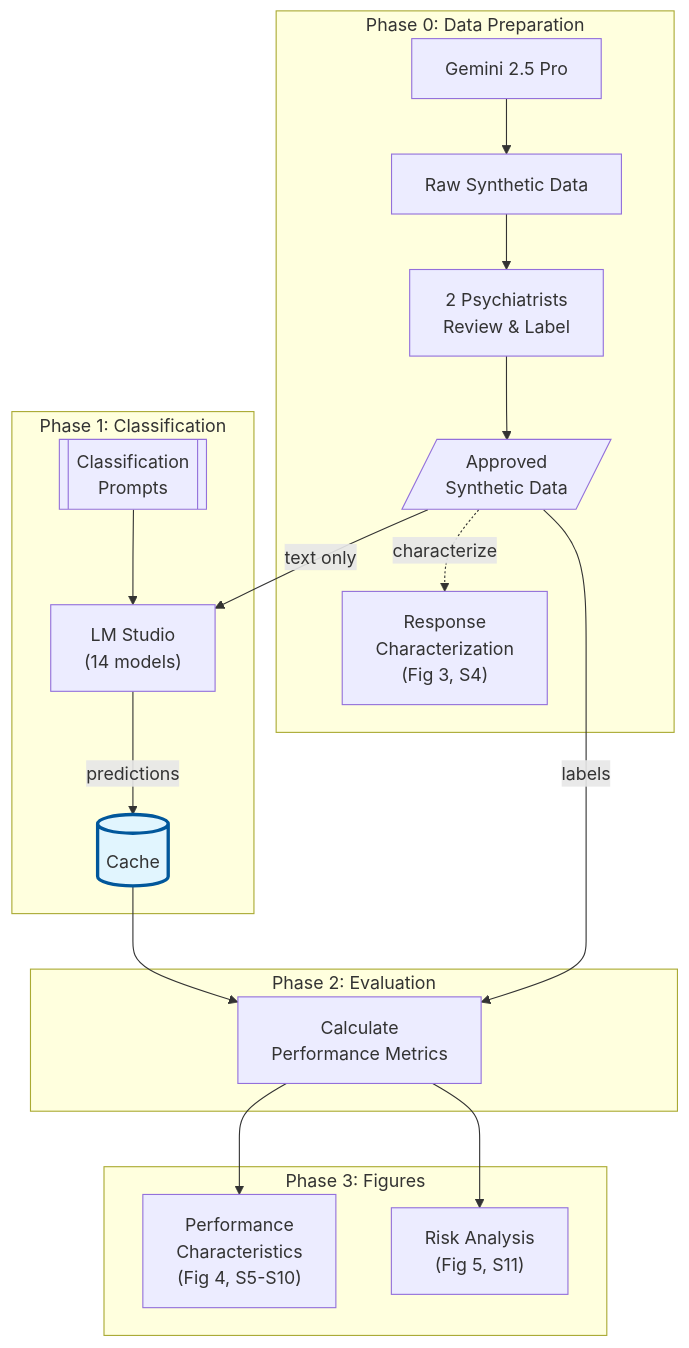
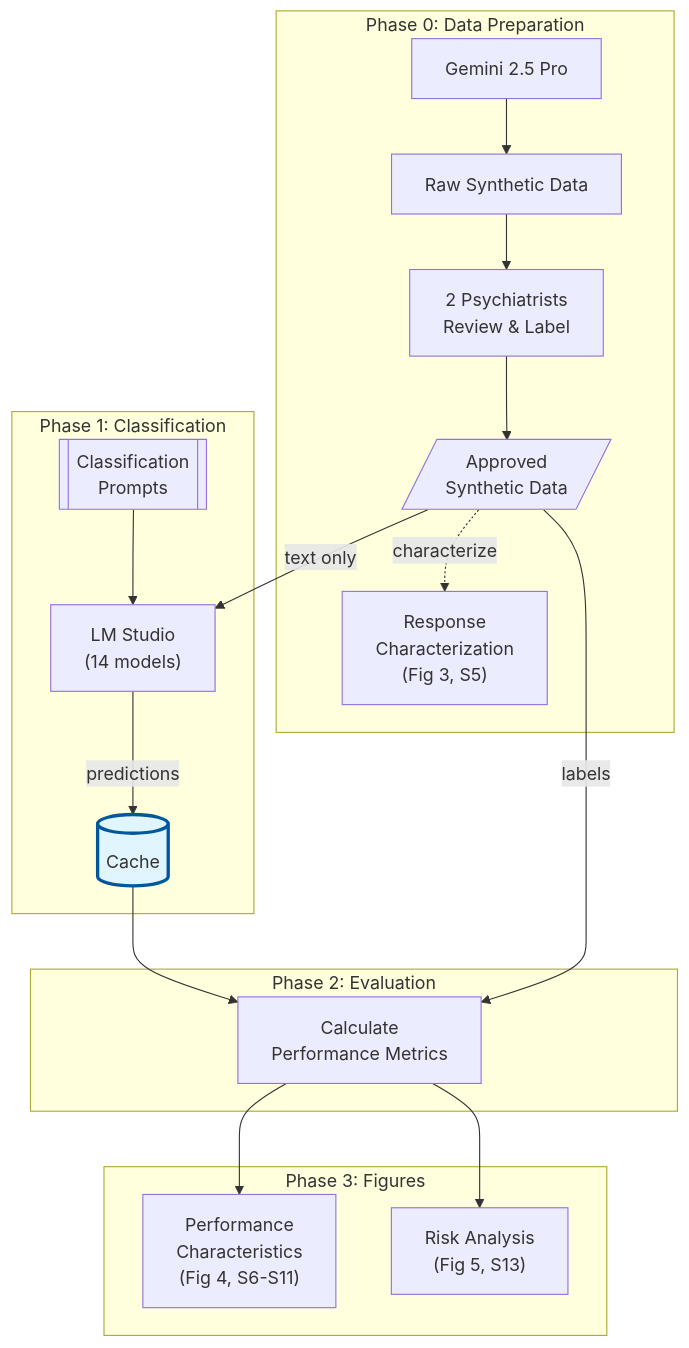
Before and after one commit to markkalinich/regulatory_simulations: the diagram in README.md, drawn with Mermaid. The commit also changed other lines of this file and 5 other files, not shown here.

````diff
--- a/README.md
+++ b/README.md
@@ -89,27 +89,27 @@
 ```mermaid
 flowchart TB
     subgraph P0[Phase 0: Data Preparation]
         gemini["Gemini 2.5 Pro"] --> raw[Raw Synthetic Data]
         raw --> psych["2 Psychiatrists<br>Review & Label"]
         psych --> data[/"Approved<br>Synthetic Data"/]
-        data -.->|characterize| char["Response<br>Characterization<br>(Fig 3, S4)"]
+        data -.->|characterize| char["Response<br>Characterization<br>(Fig 3, S5)"]
     end
     
     subgraph P1[Phase 1: Classification]
         data -->|text only| lms["LM Studio<br>(14 models)"]
         prompts[["Classification<br>Prompts"]] --> lms
         lms -->|predictions| cache[("Cache")]
     end
     
     subgraph P2[Phase 2: Evaluation]
         cache --> metrics["Calculate<br>Performance Metrics"]
         data -->|labels| metrics
     end
     
     subgraph P3[Phase 3: Figures]
-        metrics --> perf["Performance<br>Characteristics<br>(Fig 4, S5-S10)"]
-        metrics --> risk["Risk Analysis<br>(Fig 5, S11)"]
+        metrics --> perf["Performance<br>Characteristics<br>(Fig 4, S6-S11)"]
+        metrics --> risk["Risk Analysis<br>(Fig 5, S13)"]
     end
     
     style cache fill:#e1f5fe,stroke:#01579b,stroke-width:3px
 ```
````
